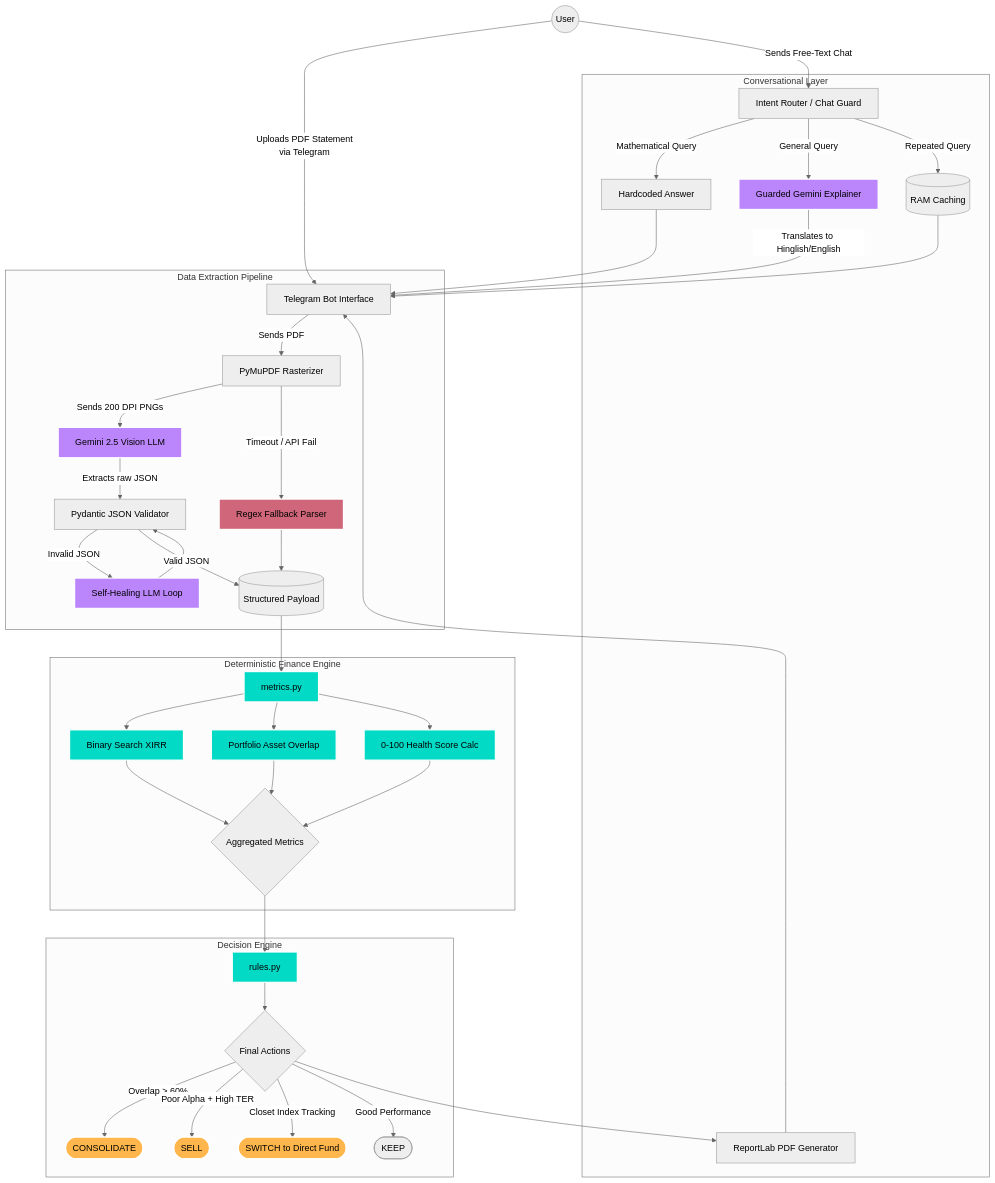
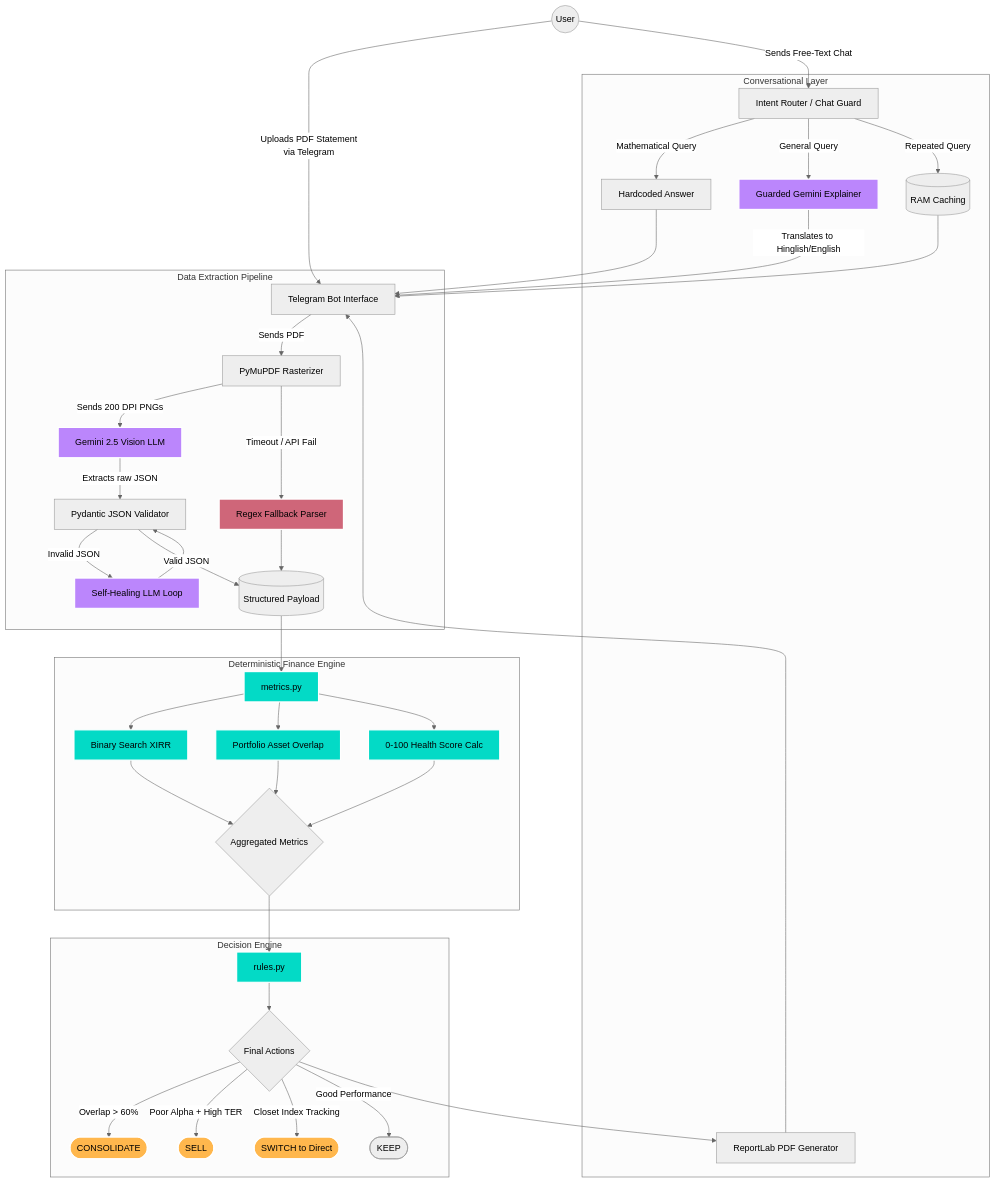
One commit to aryanmishra777/ArthaScan changed the diagram in architecture.md. Above: the diagram before and after it, drawn with Mermaid (neutral theme). The commit also changed other lines of this file, not shown here.

````diff
--- a/architecture.md
+++ b/architecture.md
@@ -5,68 +7,68 @@
 ```mermaid
 graph TD
     %% User Inputs
     User((User)) -->|Uploads PDF Statement\nvia Telegram| TBot[Telegram Bot Interface]
     User -->|Sends Free-Text Chat| Router[Intent Router / Chat Guard]
 
     %% Extraction Pipeline (Multimodal + Fallbacks)
     subgraph Data Extraction Pipeline
         TBot -->|Sends PDF| ImageRasterizer[PyMuPDF Rasterizer]
         ImageRasterizer -->|Sends 200 DPI PNGs| Vision[Gemini 2.5 Vision LLM]
         Vision -->|Extracts raw JSON| Pydantic[Pydantic JSON Validator]
         
         Pydantic -- Invalid JSON --> Repair[Self-Healing LLM Loop]
         Repair --> Pydantic
         
         Pydantic -- Valid JSON --> StructuredData[(Structured Payload)]
         
         ImageRasterizer -- Timeout / API Fail --> RegexMatcher[Regex Fallback Parser]
         RegexMatcher --> StructuredData
     end
 
     %% Deterministic Mathematical Engine
     subgraph Deterministic Finance Engine 
         StructuredData --> Metrics[metrics.py]
         Metrics --> XIRR[Binary Search XIRR]
         Metrics --> Overlap[Portfolio Asset Overlap]
         Metrics --> Health[0-100 Health Score Calc]
         
         XIRR --> FinancialTruth{Aggregated Metrics}
         Overlap --> FinancialTruth
         Health --> FinancialTruth
     end
 
     %% Strict Business Rules Engine
     subgraph Decision Engine
         FinancialTruth --> Rules[rules.py]
         Rules --> Actions{Final Actions}
         Actions -->|Overlap > 60%| Consolidate([CONSOLIDATE])
         Actions -->|Poor Alpha + High TER| Sell([SELL])
-        Actions -->|Closet Index Tracking| Switch([SWITCH to Direct Fund])
+        Actions -->|Closet Index Tracking| Switch([SWITCH to Direct])
         Actions -->|Good Performance| Keep([KEEP])
     end
 
     %% Glass-Box AI Presentation Layer
     subgraph Conversational Layer
         Actions --> PDFGen[ReportLab PDF Generator]
         PDFGen --> TBot
         
         Router -- Mathematical Query --> DeterministicResponse[Hardcoded Answer]
         Router -- General Query --> GuardedLLM[Guarded Gemini Explainer]
         Router -- Repeated Query --> Cache[(RAM Caching)]
         
         GuardedLLM -->|Translates to Hinglish/English| TBot
         DeterministicResponse --> TBot
         Cache --> TBot
     end
 
     %% Theming
     classDef llm fill:#bb86fc,stroke:#fff,stroke-width:2px,color:#000;
     classDef logic fill:#03dac6,stroke:#fff,stroke-width:2px,color:#000;
     classDef fail-safe fill:#cf6679,stroke:#fff,stroke-width:2px,color:#000;
     classDef action fill:#ffb74d,stroke:#fff,stroke-width:2px,color:#000;
     
     class Vision,Repair,GuardedLLM llm;
     class Metrics,XIRR,Overlap,Health,Rules logic;
     class RegexMatcher fail-safe;
     class Consolidate,Sell,Switch action;
 ```
````
